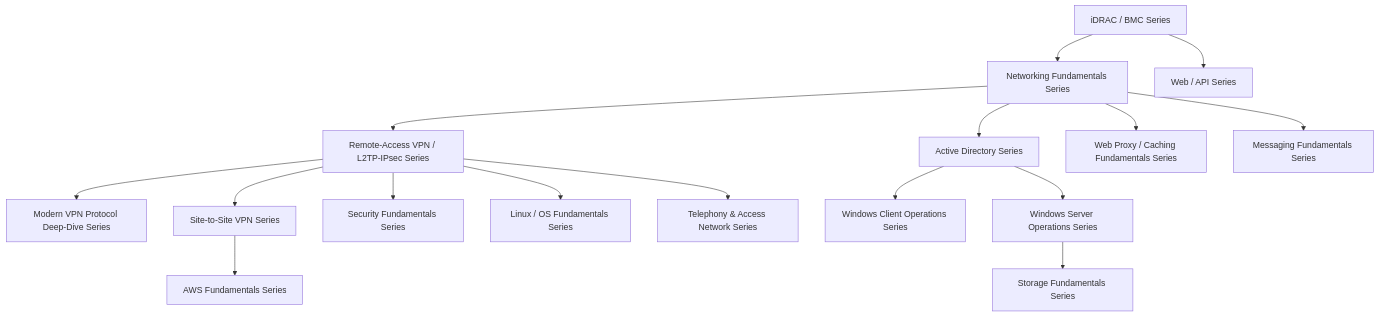
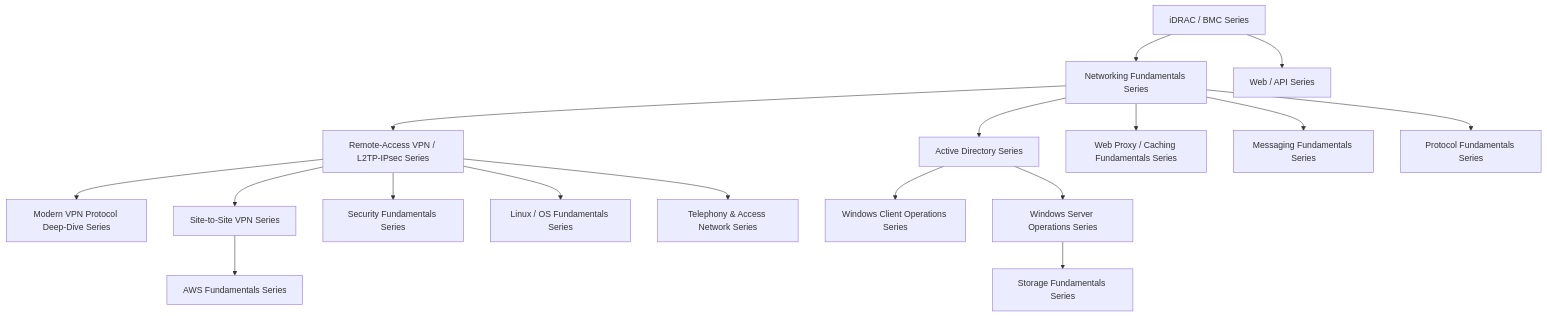
One commit to koikoi1998/koikoi-blog-20260723 changed the diagram in src/pages/en/sitemap.md. Above: the diagram before and after it, drawn with Mermaid. The commit also changed other lines of this file and 11 other files, not shown here.

````diff
--- a/src/pages/en/sitemap.md
+++ b/src/pages/en/sitemap.md
@@ -22,35 +22,37 @@
 ```mermaid
 graph TB
     Idrac["iDRAC / BMC Series"]
     Network["Networking Fundamentals Series"]
     Vpn["Remote-Access VPN / L2TP-IPsec Series"]
     ModernVpn["Modern VPN Protocol Deep-Dive Series"]
     SiteToSite["Site-to-Site VPN Series"]
     Security["Security Fundamentals Series"]
     Linux["Linux / OS Fundamentals Series"]
     Telephony["Telephony & Access Network Series"]
     Api["Web / API Series"]
     ActiveDirectory["Active Directory Series"]
     WindowsClient["Windows Client Operations Series"]
     WindowsServer["Windows Server Operations Series"]
     Storage["Storage Fundamentals Series"]
     WebProxy["Web Proxy / Caching Fundamentals Series"]
     AwsBasics["AWS Fundamentals Series"]
     Messaging["Messaging Fundamentals Series"]
+    Protocol["Protocol Fundamentals Series"]
 
     Idrac --> Network
     Idrac --> Api
     Network --> Vpn
     Vpn --> ModernVpn
     Vpn --> SiteToSite
     Vpn --> Security
     Vpn --> Linux
     Vpn --> Telephony
     Network --> ActiveDirectory
     ActiveDirectory --> WindowsClient
     ActiveDirectory --> WindowsServer
     WindowsServer --> Storage
     Network --> WebProxy
     SiteToSite --> AwsBasics
     Network --> Messaging
+    Network --> Protocol
 ```
````
